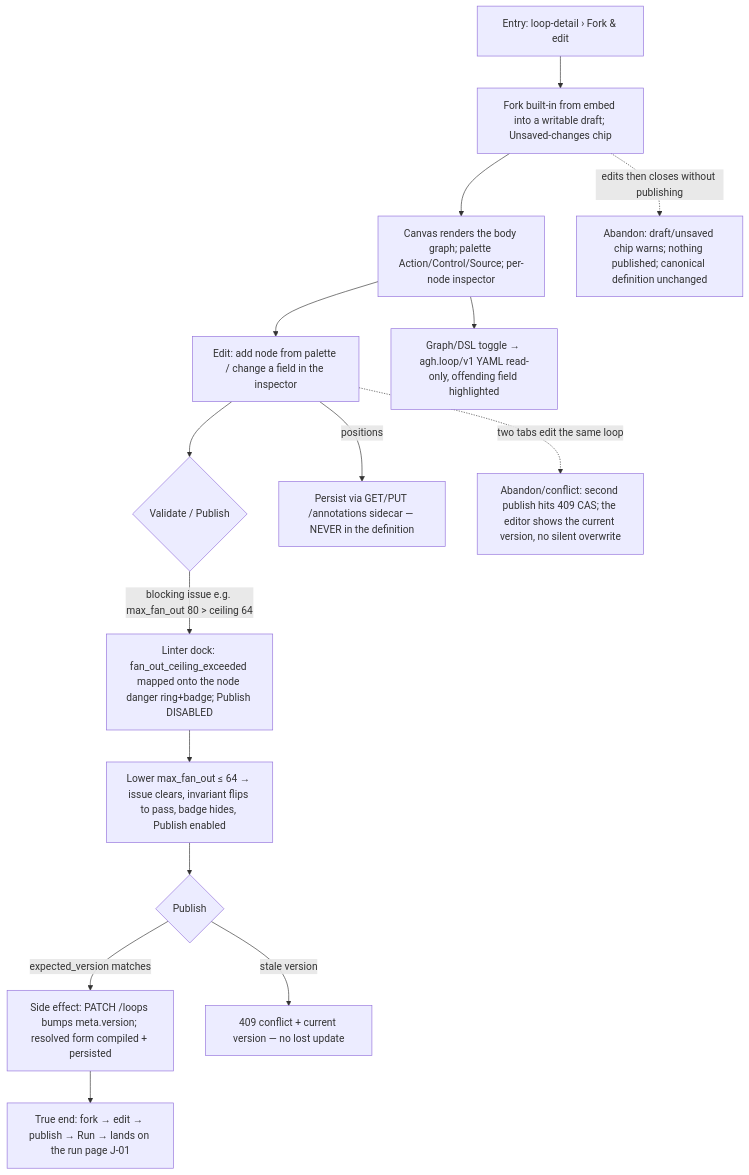
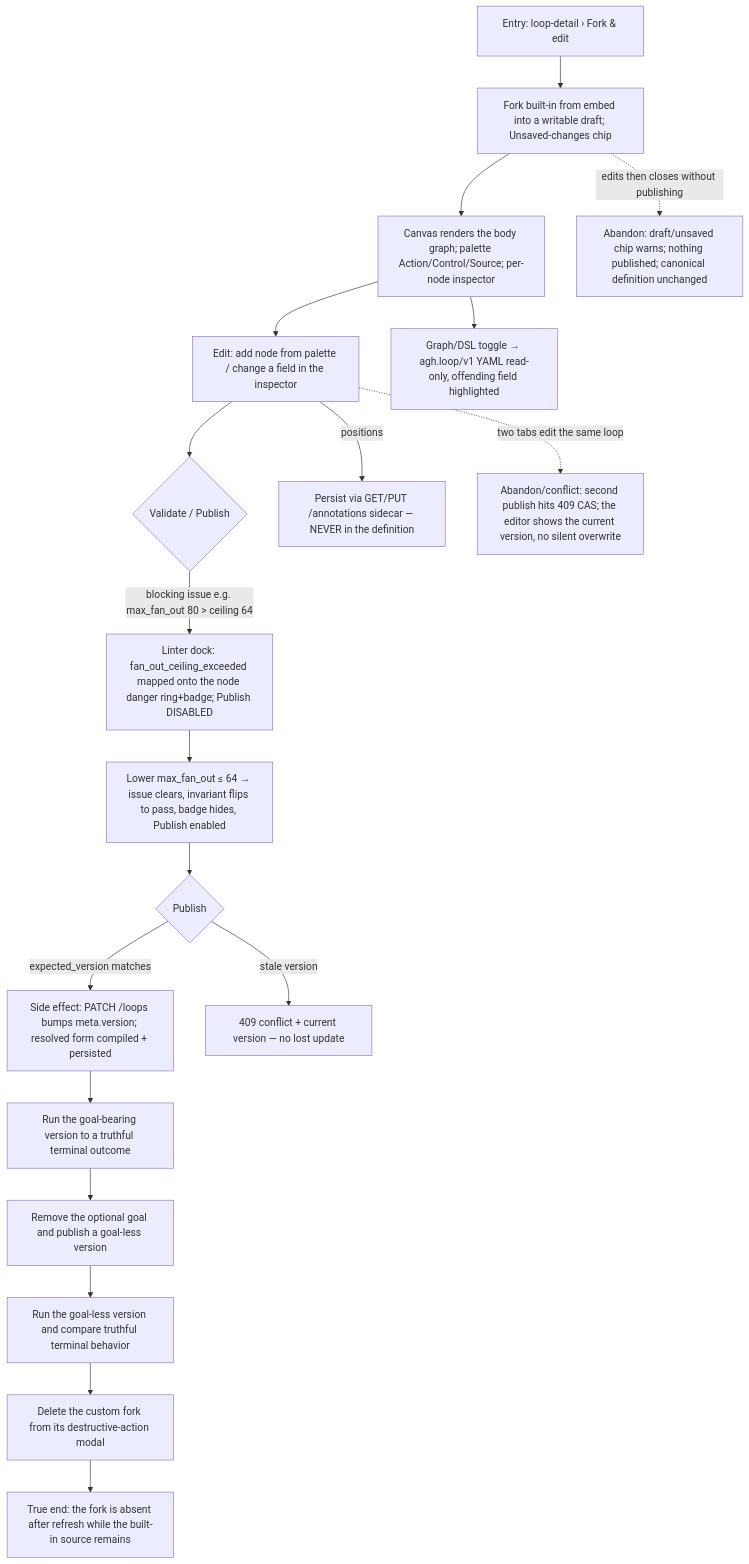
Before and after one commit to compozy/agh: the diagram in docs/qa/journeys/J-06-fork-and-edit.md, drawn with Mermaid. The commit also changed other lines of this file and 577 other files, not shown here.

````diff
--- a/docs/qa/journeys/J-06-fork-and-edit.md
+++ b/docs/qa/journeys/J-06-fork-and-edit.md
@@ -5,17 +5,21 @@
 ```mermaid
 flowchart TD
     A[Entry: loop-detail › Fork & edit] --> B[Fork built-in from embed into a writable draft; Unsaved-changes chip]
     B --> C[Canvas renders the body graph; palette Action/Control/Source; per-node inspector]
     C --> D[Edit: add node from palette / change a field in the inspector]
     D --> E{Validate / Publish}
     E -->|blocking issue e.g. max_fan_out 80 > ceiling 64| F[Linter dock: fan_out_ceiling_exceeded mapped onto the node danger ring+badge; Publish DISABLED]
     F --> G[Lower max_fan_out ≤ 64 → issue clears, invariant flips to pass, badge hides, Publish enabled]
     G --> H{Publish}
     H -->|expected_version matches| I[Side effect: PATCH /loops bumps meta.version; resolved form compiled + persisted]
     H -->|stale version| J[409 conflict + current version — no lost update]
-    I --> K[True end: fork → edit → publish → Run → lands on the run page J-01]
+    I --> K[Run the goal-bearing version to a truthful terminal outcome]
+    K --> NG[Remove the optional goal and publish a goal-less version]
+    NG --> KR[Run the goal-less version and compare truthful terminal behavior]
+    KR --> DL[Delete the custom fork from its destructive-action modal]
+    DL --> TE[True end: the fork is absent after refresh while the built-in source remains]
     C --> L[Graph/DSL toggle → agh.loop/v1 YAML read-only, offending field highlighted]
     D -->|positions| M[Persist via GET/PUT /annotations sidecar — NEVER in the definition]
     B -.->|edits then closes without publishing| X1[Abandon: draft/unsaved chip warns; nothing published; canonical definition unchanged]
     D -.->|two tabs edit the same loop| X2[Abandon/conflict: second publish hits 409 CAS; the editor shows the current version, no silent overwrite]
 ```
````
